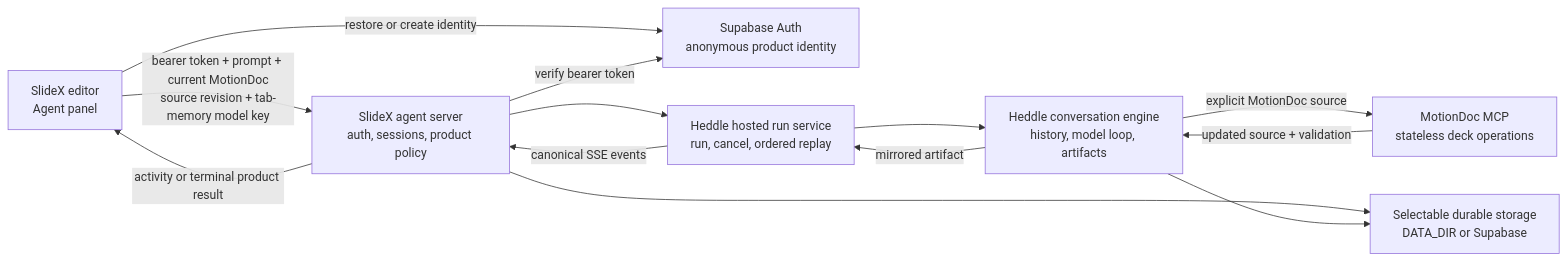
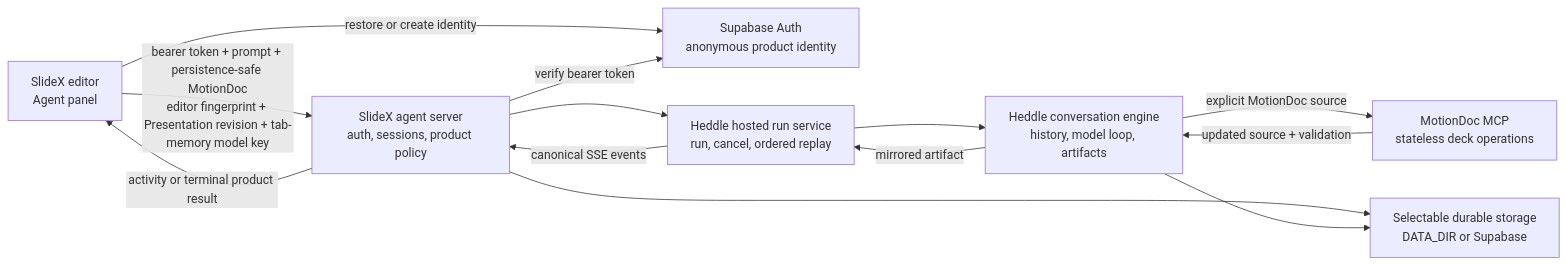
One commit to roackb2/slidex-agent-server changed the diagram in docs/conversational-agent.md. Above: the diagram before and after it, drawn with Mermaid. The commit also changed other lines of this file and 14 other files, not shown here.

````diff
--- a/docs/conversational-agent.md
+++ b/docs/conversational-agent.md
@@ -43,23 +43,23 @@
 ```mermaid
 flowchart LR
     UI["SlideX editor\nAgent panel"]
     AUTH["Supabase Auth\nanonymous product identity"]
     API["SlideX agent server\nauth, sessions, product policy"]
     RUN["Heddle hosted run service\nrun, cancel, ordered replay"]
     CORE["Heddle conversation engine\nhistory, model loop, artifacts"]
     MCP["MotionDoc MCP\nstateless deck operations"]
     DATA["Selectable durable storage\nDATA_DIR or Supabase"]
 
-    UI -->|"bearer token + prompt + current MotionDoc\nsource revision + tab-memory model key"| API
+    UI -->|"bearer token + prompt + persistence-safe MotionDoc\neditor fingerprint + Presentation revision + tab-memory model key"| API
     UI -->|"restore or create identity"| AUTH
     API -->|"verify bearer token"| AUTH
     API --> RUN
     RUN --> CORE
     CORE -->|"explicit MotionDoc source"| MCP
     MCP -->|"updated source + validation"| CORE
     CORE -->|"mirrored artifact"| RUN
     RUN -->|"canonical SSE events"| API
     API -->|"activity or terminal product result"| UI
     API --> DATA
     CORE --> DATA
 ```
````
